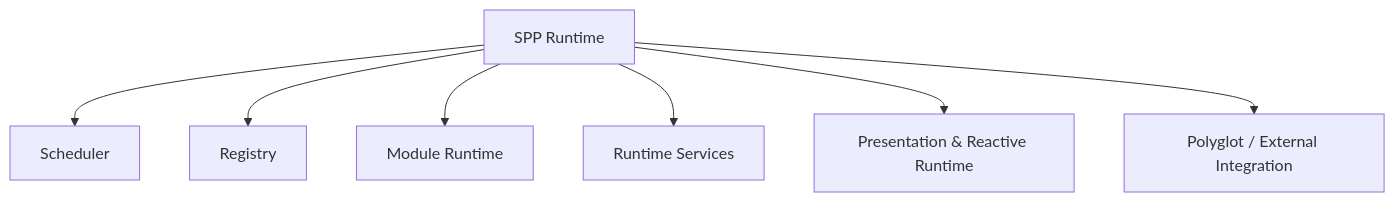
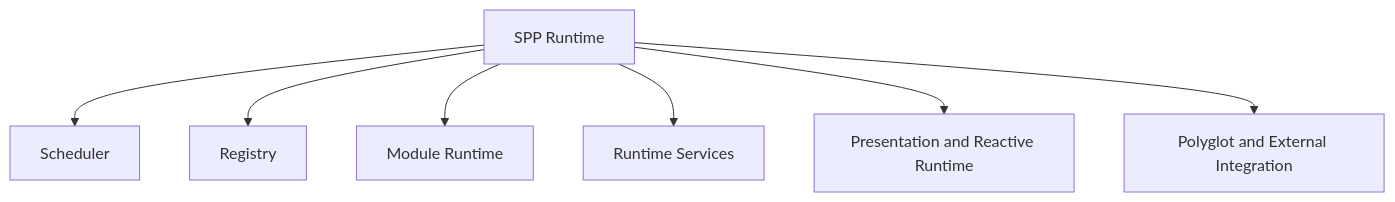
The first of 2 diagrams in documentation/handbook/01-getting-started.md (shuklasp/spp), drawn with Mermaid before and after one commit. The commit also changed other lines of this file, not shown here.

Commit message:
Fix event diagram Mermaid syntax

````diff
--- a/documentation/handbook/01-getting-started.md
+++ b/documentation/handbook/01-getting-started.md
@@ -13,17 +13,16 @@
 ```mermaid
 flowchart TB
     R[SPP Runtime]
     S[Scheduler]
     G[Registry]
     M[Module Runtime]
     X[Runtime Services]
-    P[Presentation & Reactive Runtime]
-    Y[Polyglot / External Integration]
-
+    P[Presentation and Reactive Runtime]
+    Y[Polyglot and External Integration]
     R --> S
     R --> G
     R --> M
     R --> X
     R --> P
     R --> Y
 ```
````
